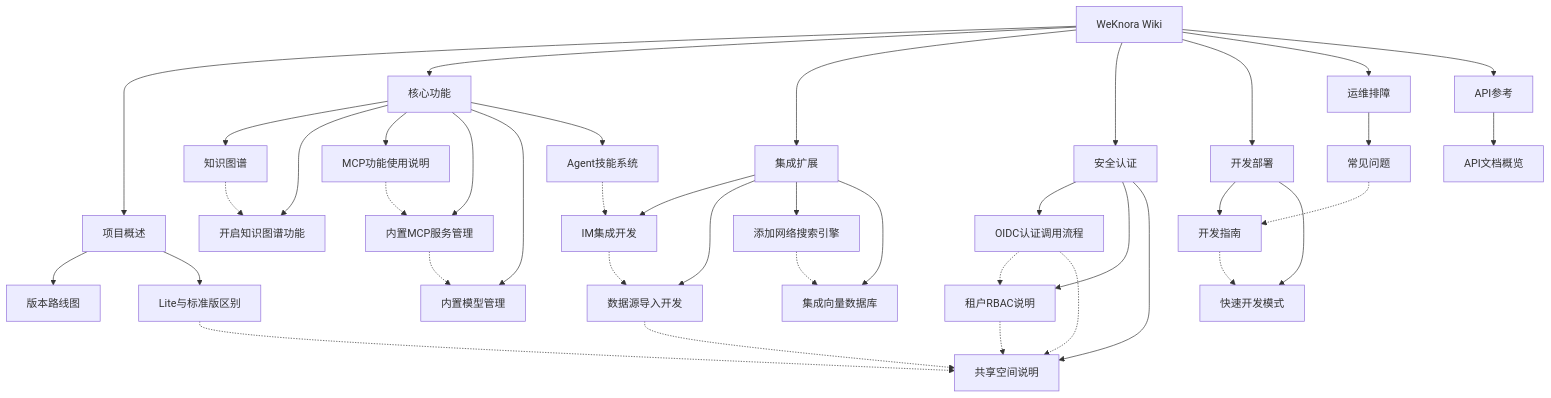
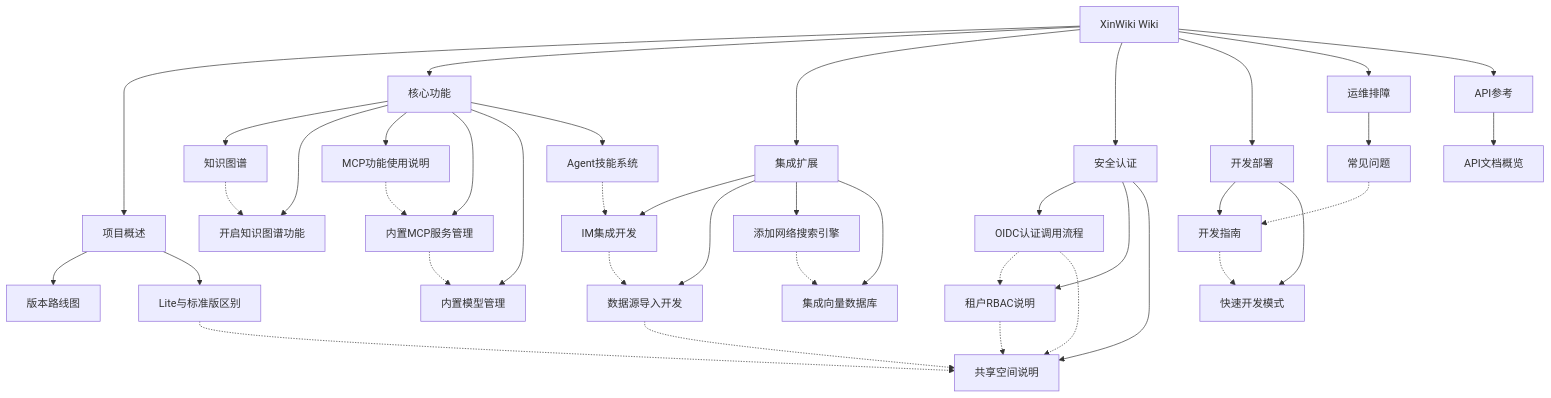
One commit to tohnee/xinwiki-new changed the diagram in docs/wiki/Home.md. Above: the diagram before and after it, drawn with Mermaid. The commit also changed other lines of this file and 1233 other files, not shown here.

````diff
--- a/docs/wiki/Home.md
+++ b/docs/wiki/Home.md
@@ -71,51 +71,51 @@
 ```mermaid
 graph TB
-    Home[WeKnora Wiki]
+    Home[XinWiki Wiki]
     Home --> 项目概述
     Home --> 核心功能
     Home --> 集成扩展
     Home --> 安全认证
     Home --> 开发部署
     Home --> 运维排障
     Home --> API参考
 
     项目概述 --> ROADMAP[版本路线图]
     项目概述 --> LITE[Lite与标准版区别]
 
     核心功能 --> KG[知识图谱]
     核心功能 --> KGSetup[开启知识图谱功能]
     核心功能 --> MCP[MCP功能使用说明]
     核心功能 --> BuiltinMCP[内置MCP服务管理]
     核心功能 --> BuiltinModel[内置模型管理]
     核心功能 --> Skills[Agent技能系统]
 
     集成扩展 --> IM[IM集成开发]
     集成扩展 --> DS[数据源导入开发]
     集成扩展 --> WebSearch[添加网络搜索引擎]
     集成扩展 --> VecDB[集成向量数据库]
 
     安全认证 --> OIDC[OIDC认证调用流程]
     安全认证 --> RBAC[租户RBAC说明]
     安全认证 --> SharedSpace[共享空间说明]
 
     开发部署 --> DevGuide[开发指南]
     开发部署 --> QuickDev[快速开发模式]
 
     运维排障 --> FAQ[常见问题]
 
     API参考 --> APIOverview[API文档概览]
 
     KG -.-> KGSetup
     MCP -.-> BuiltinMCP
     BuiltinMCP -.-> BuiltinModel
     Skills -.-> IM
     IM -.-> DS
     DS -.-> SharedSpace
     OIDC -.-> RBAC
     RBAC -.-> SharedSpace
     OIDC -.-> SharedSpace
     LITE -.-> SharedSpace
     WebSearch -.-> VecDB
     DevGuide -.-> QuickDev
     FAQ -.-> DevGuide
 ```
````
